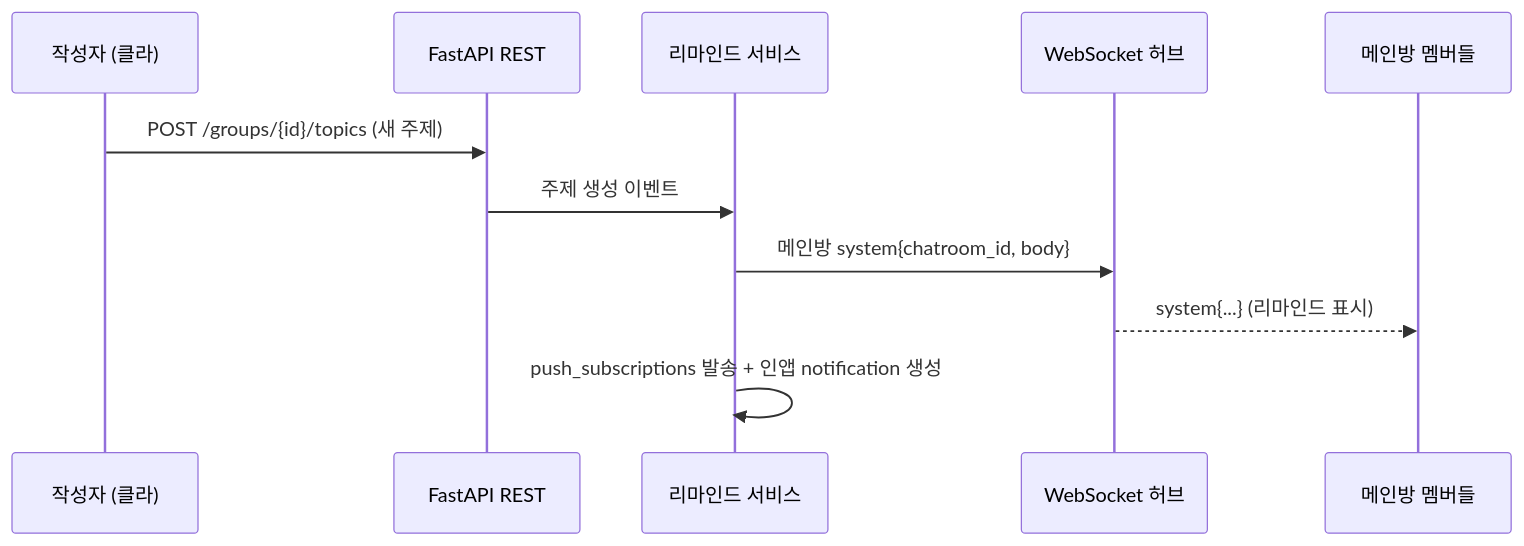
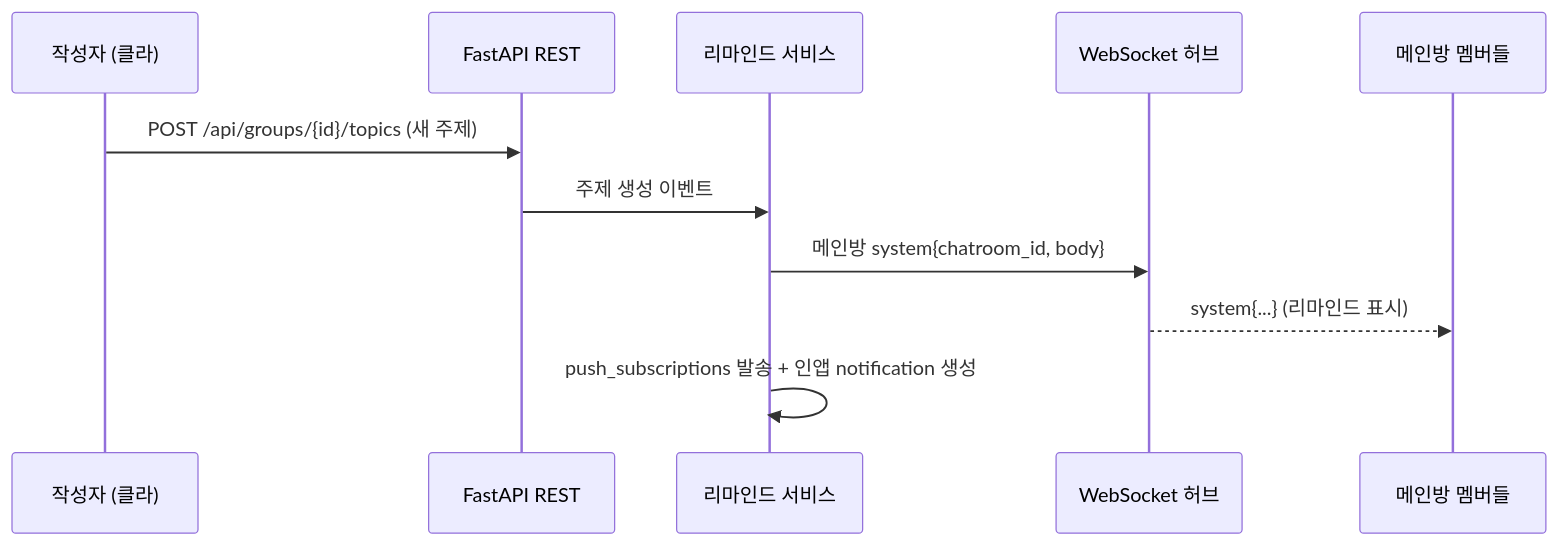
Before and after one commit to jamye-plz/jamye-plz: the second of 2 diagrams in docs/architecture/api-contract.md, drawn with Mermaid. The commit also changed other lines of this file and 4 other files, not shown here.

````diff
--- a/docs/architecture/api-contract.md
+++ b/docs/architecture/api-contract.md
@@ -182,14 +185,14 @@
 ```mermaid
 sequenceDiagram
     participant U as 작성자 (클라)
     participant API as FastAPI REST
     participant SVC as 리마인드 서비스
     participant WS as WebSocket 허브
     participant M as 메인방 멤버들
 
-    U->>API: POST /groups/{id}/topics (새 주제)
+    U->>API: POST /api/groups/{id}/topics (새 주제)
     API->>SVC: 주제 생성 이벤트
     SVC->>WS: 메인방 system{chatroom_id, body}
     WS-->>M: system{...} (리마인드 표시)
     SVC->>SVC: push_subscriptions 발송 + 인앱 notification 생성
 ```
````
